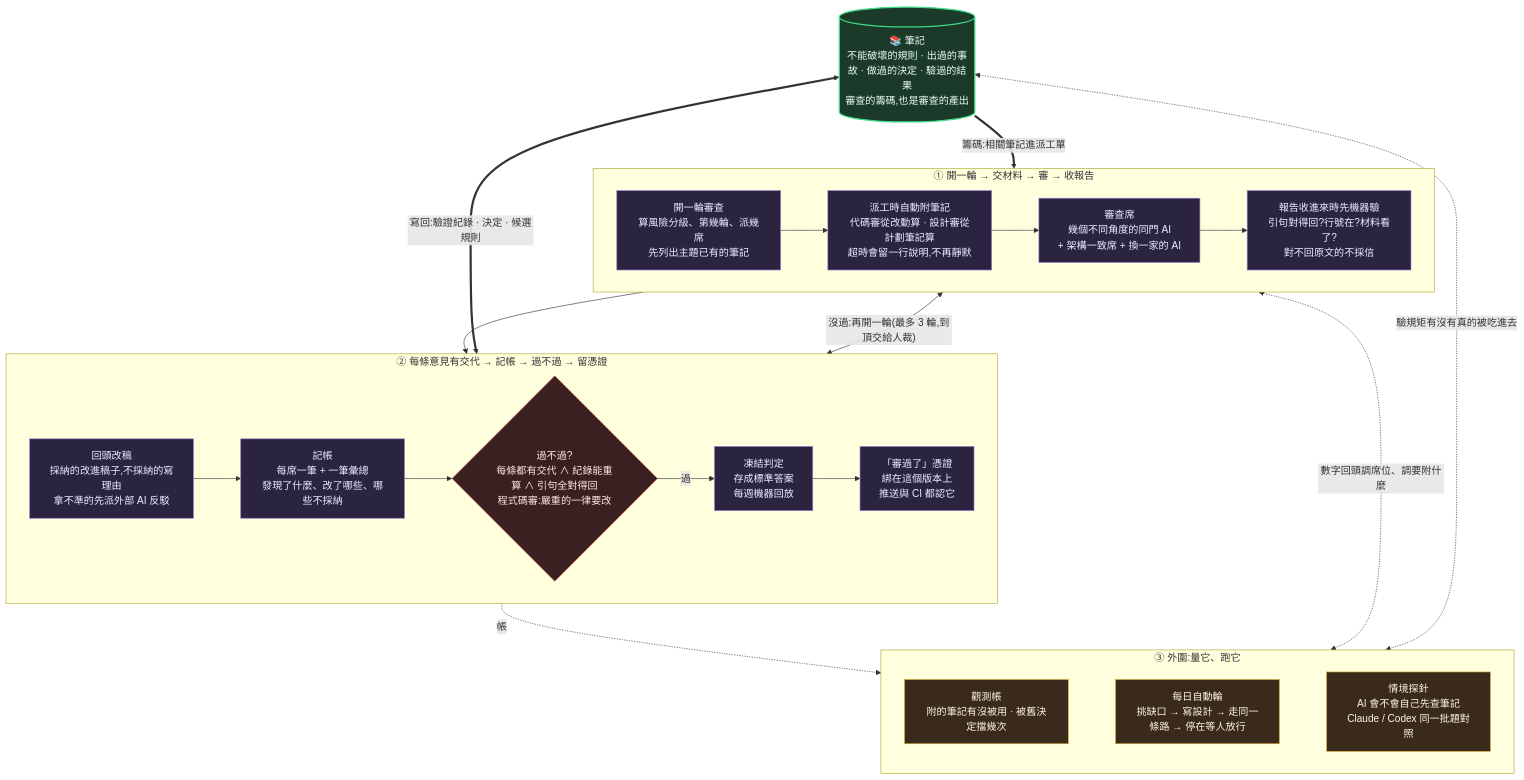
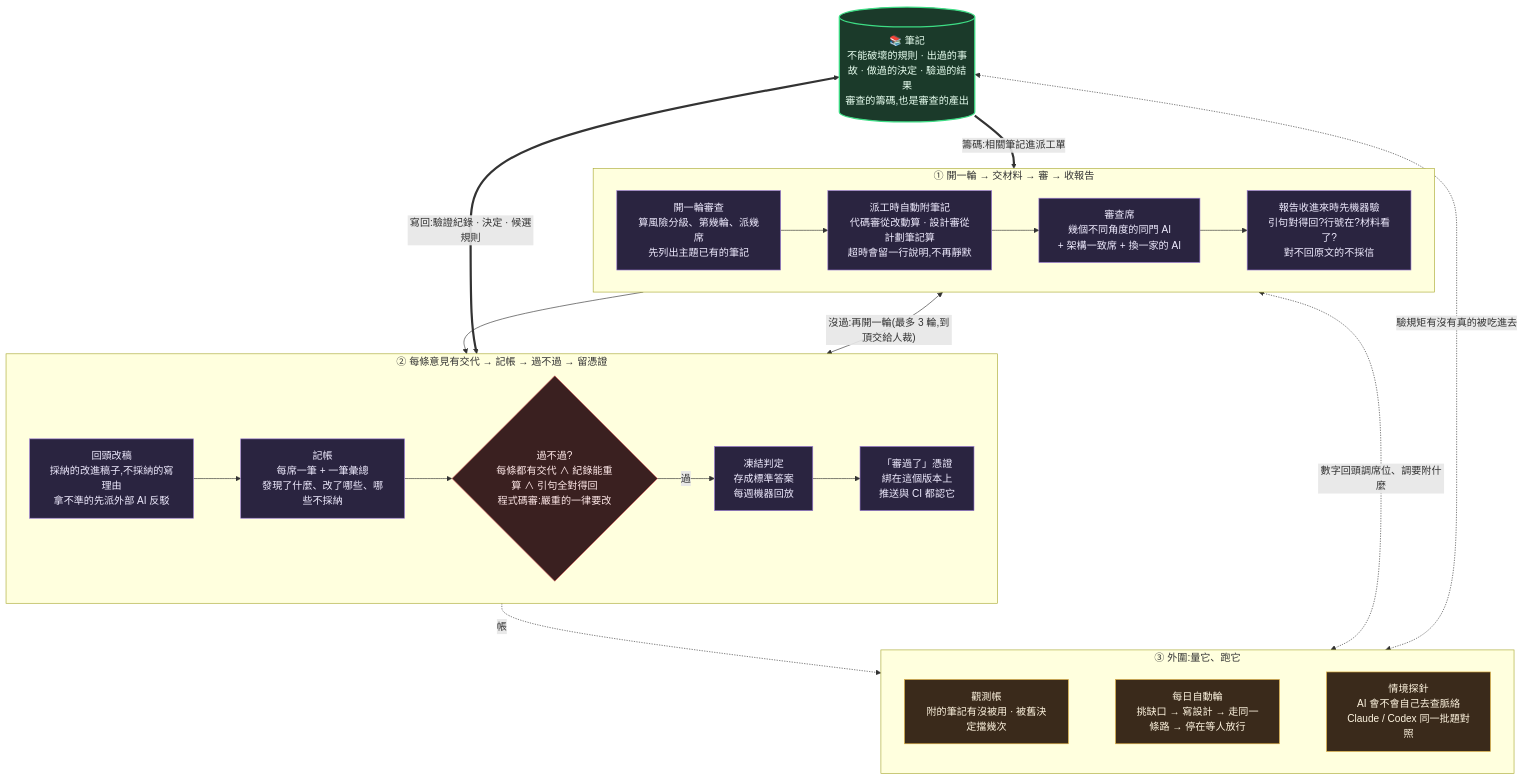
The diagram in docs/心智模型.md (EnzoHsieh-Android/Lumos), drawn with Mermaid before and after one commit. The commit also changed 14 other files, not shown here.

````diff
--- a/docs/心智模型.md
+++ b/docs/心智模型.md
@@ -100,36 +100,36 @@
 ```mermaid
 flowchart TB
     NODES[("📚 筆記<br/>不能破壞的規則 · 出過的事故 · 做過的決定 · 驗過的結果<br/>審查的籌碼,也是審查的產出")]
 
     subgraph R1["① 開一輪 → 交材料 → 審 → 收報告"]
         direction LR
         NEXT["開一輪審查<br/>算風險分級、第幾輪、派幾席<br/>先列出主題已有的筆記"] --> LENS["派工時自動附筆記<br/>代碼審從改動算 · 設計審從計劃筆記算<br/>超時會留一行說明,不再靜默"] --> SEATS["審查席<br/>幾個不同角度的同門 AI<br/>+ 架構一致席 + 換一家的 AI"] --> INTAKE["報告收進來時先機器驗<br/>引句對得回?行號在?材料看了?<br/>對不回原文的不採信"]
     end
 
     subgraph R2["② 每條意見有交代 → 記帳 → 過不過 → 留憑證"]
         direction LR
         FOLD["回頭改稿<br/>採納的改進稿子,不採納的寫理由<br/>拿不準的先派外部 AI 反駁"] --> LEDGER["記帳<br/>每席一筆 + 一筆彙總<br/>發現了什麼、改了哪些、哪些不採納"] --> GATE{"過不過?<br/>每條都有交代 ∧ 紀錄能重算 ∧ 引句全對得回<br/>程式碼審:嚴重的一律要改"} -->|過| FREEZE["凍結判定<br/>存成標準答案<br/>每週機器回放"] --> PASS["「審過了」憑證<br/>綁在這個版本上<br/>推送與 CI 都認它"]
     end
 
     subgraph R3["③ 外圍:量它、跑它"]
         direction LR
-        OBS["觀測帳<br/>附的筆記有沒被用 · 被舊決定擋幾次"] ~~~ AUTO["每日自動輪<br/>挑缺口 → 寫設計 → 走同一條路 → 停在等人放行"] ~~~ PROBE["情境探針<br/>AI 會不會自己先查筆記<br/>Claude / Codex 同一批題對照"]
+        OBS["觀測帳<br/>附的筆記有沒被用 · 被舊決定擋幾次"] ~~~ AUTO["每日自動輪<br/>挑缺口 → 寫設計 → 走同一條路 → 停在等人放行"] ~~~ PROBE["情境探針<br/>AI 會不會自己去查脈絡<br/>Claude / Codex 同一批題對照"]
     end
 
     NODES ==>|"籌碼:相關筆記進派工單"| R1
     R1 --> R2
     R2 -.->|"帳"| R3
     NODES <==>|"寫回:驗證紀錄 · 決定 · 候選規則"| R2
     R1 <-->|"沒過:再開一輪(最多 3 輪,到頂交給人裁)"| R2
     R1 <-.->|"數字回頭調席位、調要附什麼"| R3
     NODES <-.->|"驗規矩有沒有真的被吃進去"| R3
 
     classDef gnode fill:#1b3a2a,stroke:#3ddc84,stroke-width:2px,color:#e8fff0
     classDef step fill:#2a2440,stroke:#9a7bd6,color:#f0ecff
     classDef gate fill:#3a2020,stroke:#dc5b5b,color:#ffe8e8
     classDef obs fill:#3a2a1b,stroke:#dcab3d,color:#fff5e0
     class NODES gnode
     class NEXT,LENS,SEATS,INTAKE,FOLD,LEDGER,FREEZE,PASS step
     class GATE gate
     class OBS,AUTO,PROBE obs
 ```
````
